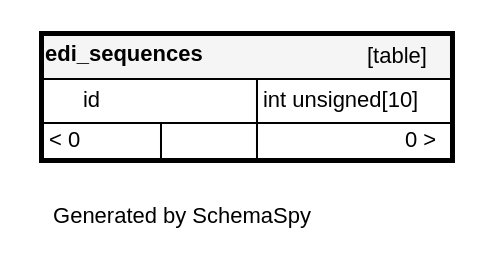
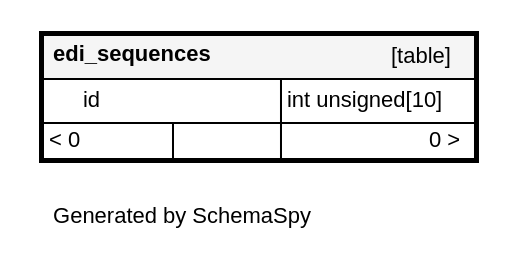
Before and after one commit to openemr/openemr: the diagram in Documentation/EHI_Export/docs/diagrams/tables/edi_sequences.1degree.dot, drawn with Graphviz. The commit also changed 1275 other files, not shown here.

Commit message:
chore: remove 2015 reference with schemaspy regen for rel-800

```diff
--- a/Documentation/EHI_Export/docs/diagrams/tables/edi_sequences.1degree.dot
+++ b/Documentation/EHI_Export/docs/diagrams/tables/edi_sequences.1degree.dot
@@ -1,14 +1,14 @@
 digraph "oneDegreeRelationshipsDiagram" {
   graph [    rankdir="RL"    bgcolor="#ffffff"    label="\nGenerated by SchemaSpy"    labeljust="l"    nodesep="0.18"    ranksep="0.46"    fontname="Helvetica"    fontsize="11"    ration="compress"  ];  node [    fontname="Helvetica"    fontsize="11"    shape="plaintext"  ];  edge [    arrowsize="0.8"  ];
   "edi_sequences" [
    label=<
     <TABLE BORDER="2" CELLBORDER="1" CELLSPACING="0" BGCOLOR="#ffffff">
-      <TR><TD COLSPAN="4"  BGCOLOR="#f5f5f5"><TABLE BORDER="0" CELLSPACING="0"><TR><TD ALIGN="LEFT" FIXEDSIZE="TRUE" WIDTH="86" HEIGHT="16"><B>edi_sequences</B></TD><TD ALIGN="RIGHT">[table]</TD></TR></TABLE></TD></TR>
-      <TR><TD PORT="id" COLSPAN="2" ALIGN="LEFT"><TABLE BORDER="0" CELLSPACING="0" ALIGN="LEFT"><TR ALIGN="LEFT"><TD ALIGN="LEFT" FIXEDSIZE="TRUE" WIDTH="15" HEIGHT="16"></TD><TD ALIGN="LEFT" FIXEDSIZE="TRUE" WIDTH="86" HEIGHT="16">id</TD></TR></TABLE></TD><TD PORT="id.type" ALIGN="LEFT">int unsigned[10]</TD></TR>
+      <TR><TD COLSPAN="4"  BGCOLOR="#f5f5f5"><TABLE BORDER="0" CELLSPACING="0"><TR><TD ALIGN="LEFT" FIXEDSIZE="TRUE" WIDTH="98" HEIGHT="16"><B>edi_sequences</B></TD><TD ALIGN="RIGHT">[table]</TD></TR></TABLE></TD></TR>
+      <TR><TD PORT="id" COLSPAN="2" ALIGN="LEFT"><TABLE BORDER="0" CELLSPACING="0" ALIGN="LEFT"><TR ALIGN="LEFT"><TD ALIGN="LEFT" FIXEDSIZE="TRUE" WIDTH="15" HEIGHT="16"></TD><TD ALIGN="LEFT" FIXEDSIZE="TRUE" WIDTH="98" HEIGHT="16">id</TD></TR></TABLE></TD><TD PORT="id.type" ALIGN="LEFT">int unsigned[10]</TD></TR>
       <TR><TD ALIGN="LEFT" BGCOLOR="#ffffff">&lt; 0</TD><TD ALIGN="RIGHT" BGCOLOR="#ffffff">  </TD><TD ALIGN="RIGHT" BGCOLOR="#ffffff">0 &gt;</TD></TR>
     </TABLE>>
-    URL="../../tables/edi_sequences.html"
+    URL="edi_sequences.html"
     target="_top"
     tooltip="edi_sequences"
   ];
 }
```
